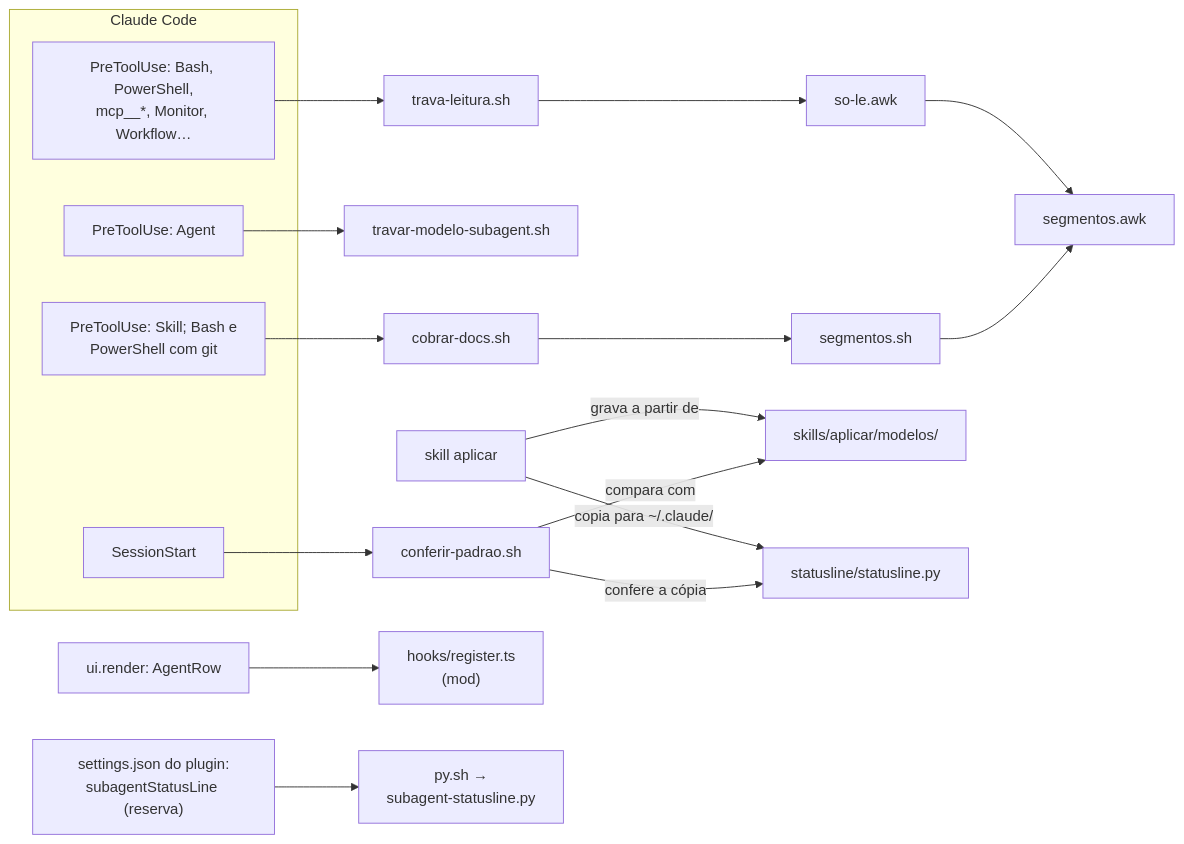
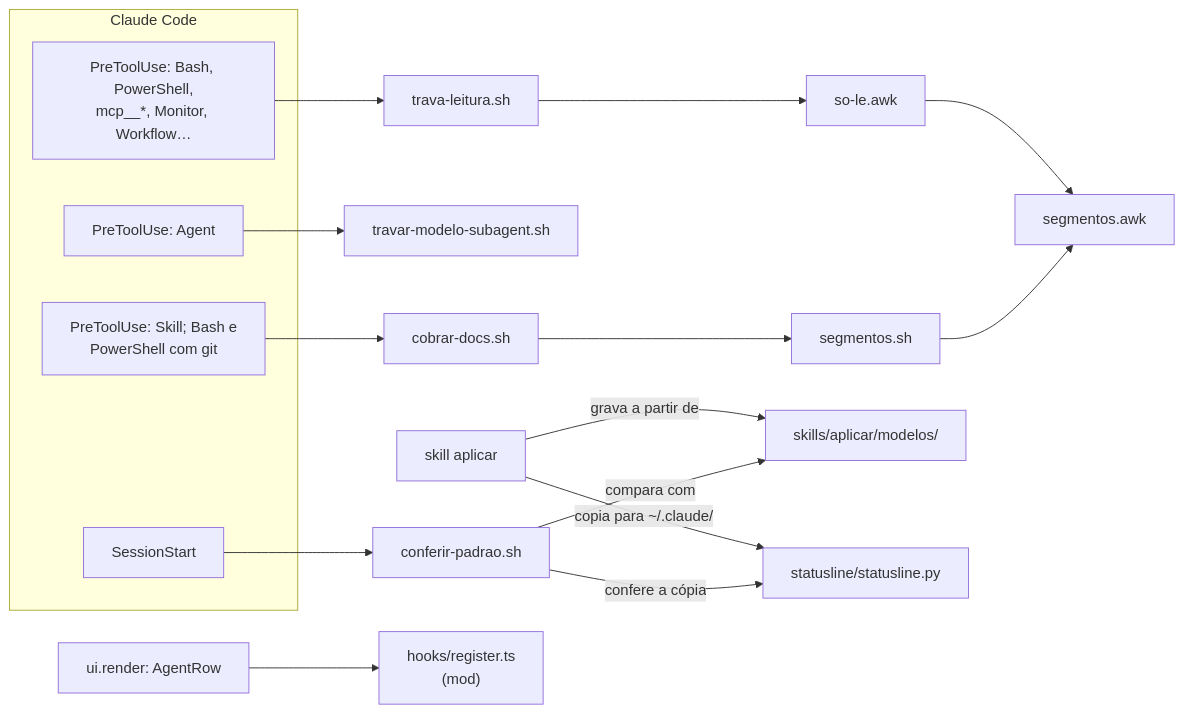
One commit to Kortek-Tecnologia/claude-padrao changed the first of 5 diagrams in docs/como-funciona.md. Above: the diagram before and after it, drawn with Mermaid. The commit also changed other lines of this file and 18 other files, not shown here.

````diff
--- a/docs/como-funciona.md
+++ b/docs/como-funciona.md
@@ -8,19 +8,18 @@
 ```mermaid
 flowchart LR
   subgraph CC["Claude Code"]
     SS["SessionStart"]
     AG["PreToolUse: Agent"]
     BT["PreToolUse: Bash, PowerShell,<br/>mcp__*, Monitor, Workflow…"]
     GC["PreToolUse: Skill; Bash e<br/>PowerShell com git"]
   end
   SS --> CP["conferir-padrao.sh"]
   AG --> TM["travar-modelo-subagent.sh"]
   BT --> TL["trava-leitura.sh"] --> SL["so-le.awk"] --> SG["segmentos.awk"]
   GC --> CD["cobrar-docs.sh"] --> SH["segmentos.sh"] --> SG
   AP["skill aplicar"] -->|"grava a partir de"| MOD["skills/aplicar/modelos/"]
   CP -->|"compara com"| MOD
   AP -->|"copia para ~/.claude/"| ST["statusline/statusline.py"]
   CP -->|"confere a cópia"| ST
   UI["ui.render: AgentRow"] --> RT["hooks/register.ts<br/>(mod)"]
-  PS["settings.json do plugin:<br/>subagentStatusLine (reserva)"] --> SU["py.sh →<br/>subagent-statusline.py"]
 ```
````
